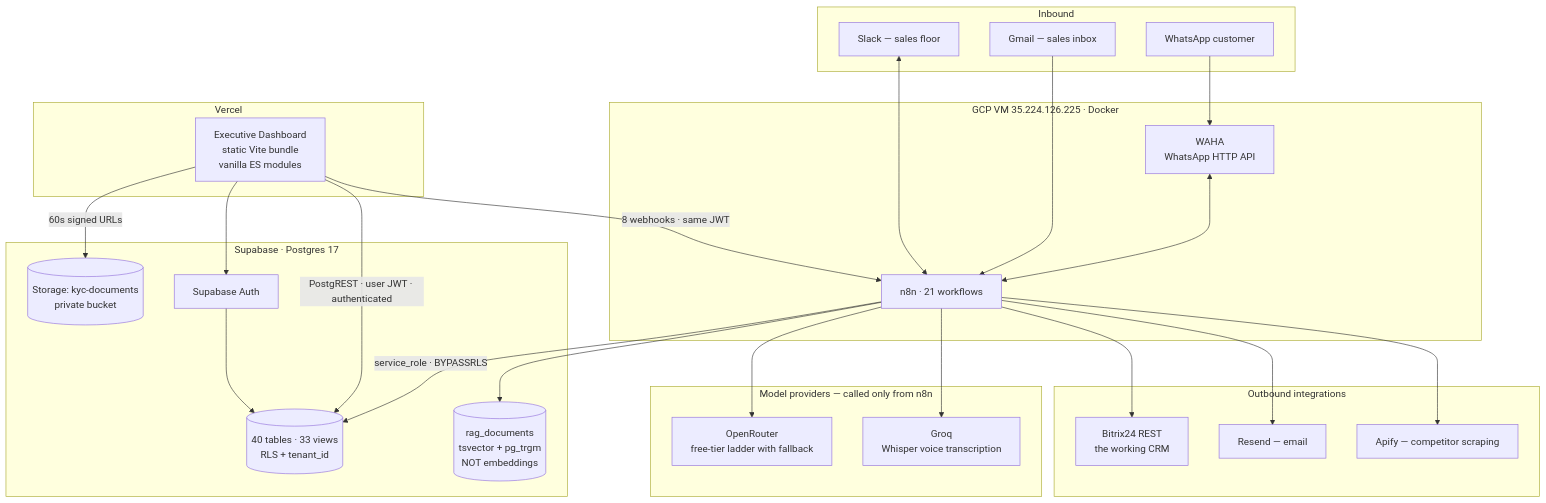
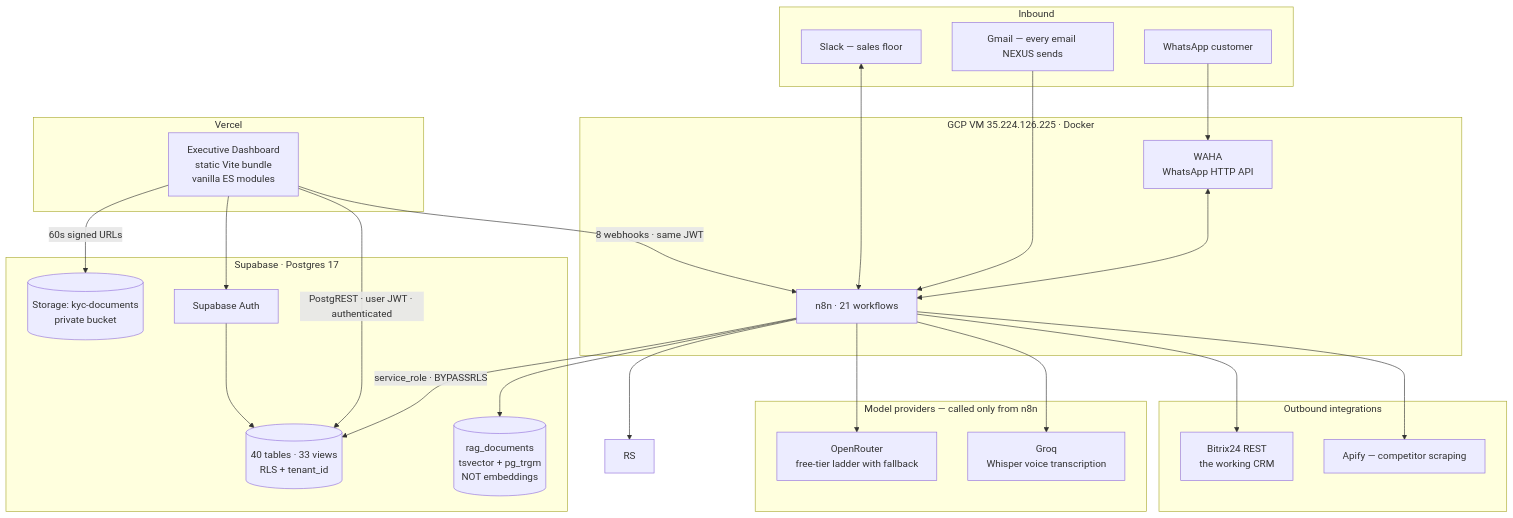
The diagram in architecture/diagrams/System_Architecture.md (Ali8517942172/NEXUS-OS-for-Auto-Dealers), drawn with Mermaid before and after one commit. The commit also changed 7 other files, not shown here.

````diff
--- a/architecture/diagrams/System_Architecture.md
+++ b/architecture/diagrams/System_Architecture.md
@@ -19,54 +19,54 @@
 ```mermaid
 graph TD
     subgraph Inbound["Inbound"]
         WA[WhatsApp customer]
         GM[Gmail — sales inbox]
         SL[Slack — sales floor]
     end
 
     subgraph VM["GCP VM 35.224.126.225 · Docker"]
         WAHA[WAHA<br/>WhatsApp HTTP API]
         N8N[n8n · 21 workflows]
         WAHA <--> N8N
     end
 
     subgraph AI["Model providers — called only from n8n"]
         OR[OpenRouter<br/>free-tier ladder with fallback]
         GQ[Groq<br/>Whisper voice transcription]
     end
 
     subgraph SB["Supabase · Postgres 17"]
         PG[(40 tables · 33 views<br/>RLS + tenant_id)]
         RAG[(rag_documents<br/>tsvector + pg_trgm<br/>NOT embeddings)]
         ST[(Storage: kyc-documents<br/>private bucket)]
         AUTH[Supabase Auth]
     end
 
     subgraph FE["Vercel"]
         DASH[Executive Dashboard<br/>static Vite bundle<br/>vanilla ES modules]
     end
 
     subgraph OUT["Outbound integrations"]
         BX[Bitrix24 REST<br/>the working CRM]
-        RS[Resend — email]
+        GM[Gmail — every email NEXUS sends]
         AP[Apify — competitor scraping]
     end
 
     WA  --> WAHA
     GM  --> N8N
     SL  <--> N8N
 
     N8N --> OR
     N8N --> GQ
     N8N -->|service_role · BYPASSRLS| PG
     N8N --> RAG
     N8N --> BX
     N8N --> RS
     N8N --> AP
 
     DASH -->|PostgREST · user JWT · authenticated| PG
     DASH -->|8 webhooks · same JWT| N8N
     DASH -->|60s signed URLs| ST
     DASH --> AUTH
     AUTH --> PG
 ```
````
